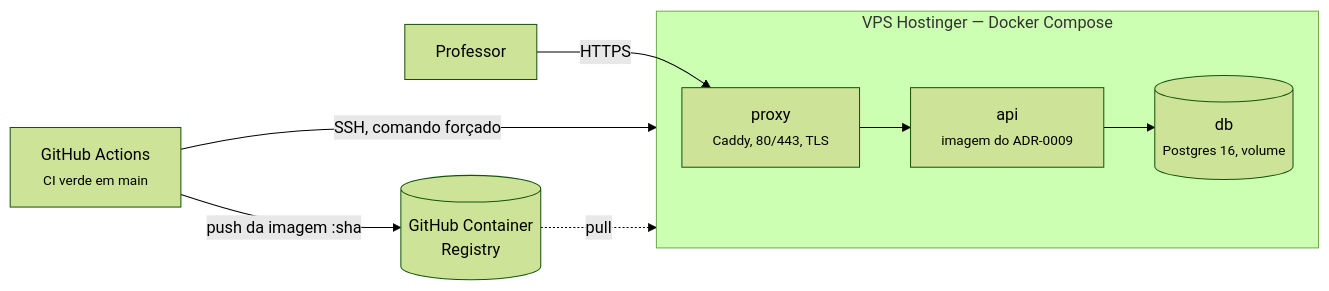
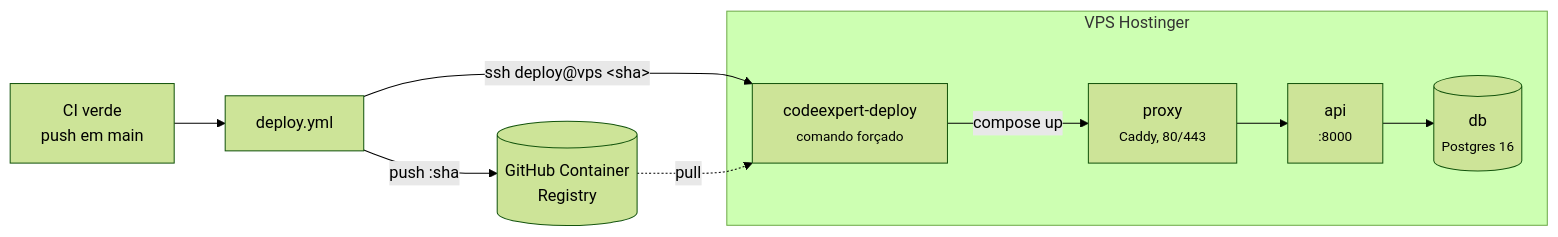
One commit to TUTOR-IA-Makers/tutor-ia changed the diagram in docs/guides/deploy.md. Above: the diagram before and after it, drawn with Mermaid (forest theme). The commit also changed other lines of this file and 5 other files, not shown here.

Commit message:
docs: guia de deploy na VPS e remove as referências ao Cloud Run

````diff
--- a/docs/guides/deploy.md
+++ b/docs/guides/deploy.md
@@ -25,11 +12,12 @@
 ```mermaid
 flowchart LR
-    GH["GitHub Actions<br/><small>CI verde em main</small>"] -->|push da imagem :sha| GHCR[("GitHub Container<br/>Registry")]
-    GH -->|SSH, comando forçado| VPS
-    subgraph VPS["VPS Hostinger — Docker Compose"]
-        PX["proxy<br/><small>Caddy, 80/443, TLS</small>"] --> API["api<br/><small>imagem do ADR-0009</small>"]
-        API --> DB[("db<br/><small>Postgres 16, volume</small>")]
+    CI["CI verde<br/>push em main"] --> GH["deploy.yml"]
+    GH -->|push :sha| GHCR[("GitHub Container<br/>Registry")]
+    GH -->|"ssh deploy@vps &lt;sha&gt;"| D
+    subgraph VPS["VPS Hostinger"]
+        D["codeexpert-deploy<br/><small>comando forçado</small>"] -->|compose up| PX
+        PX["proxy<br/><small>Caddy, 80/443</small>"] --> API["api<br/><small>:8000</small>"]
+        API --> DB[("db<br/><small>Postgres 16</small>")]
     end
-    GHCR -.->|pull| VPS
-    P["Professor"] -->|HTTPS| PX
+    GHCR -.->|pull| D
 ```
````
